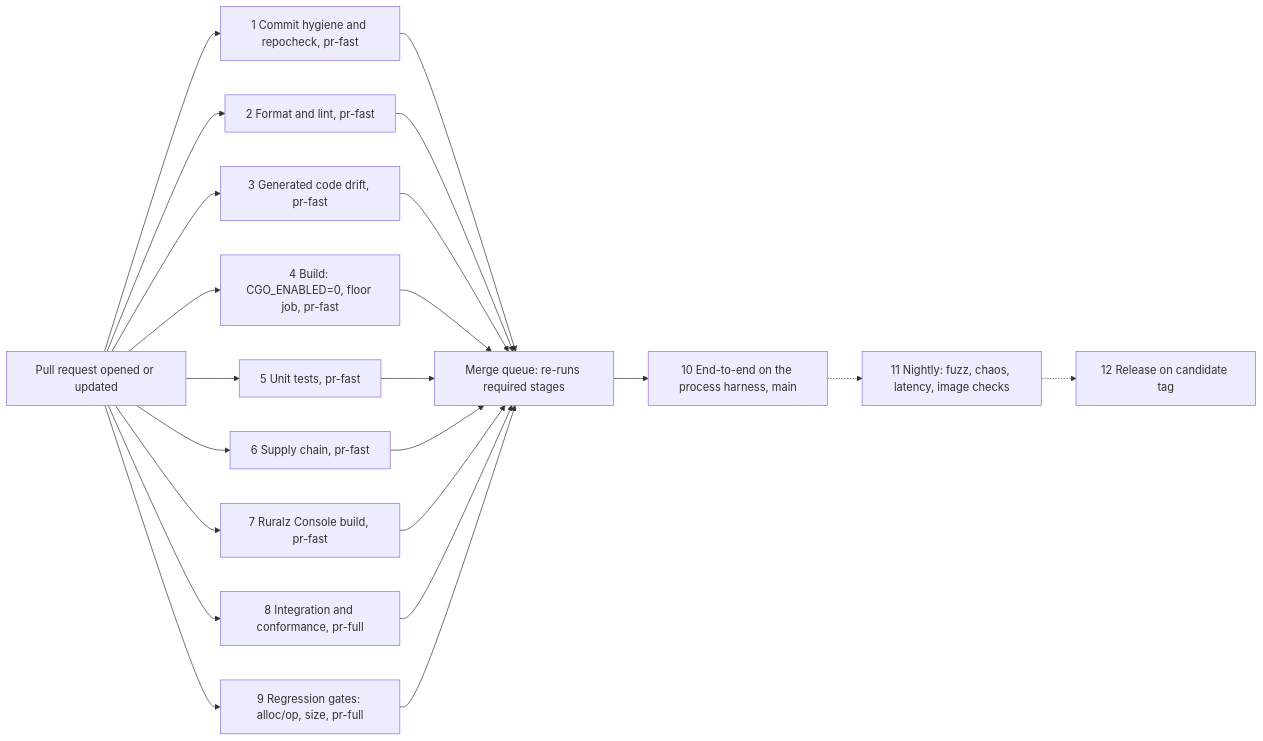
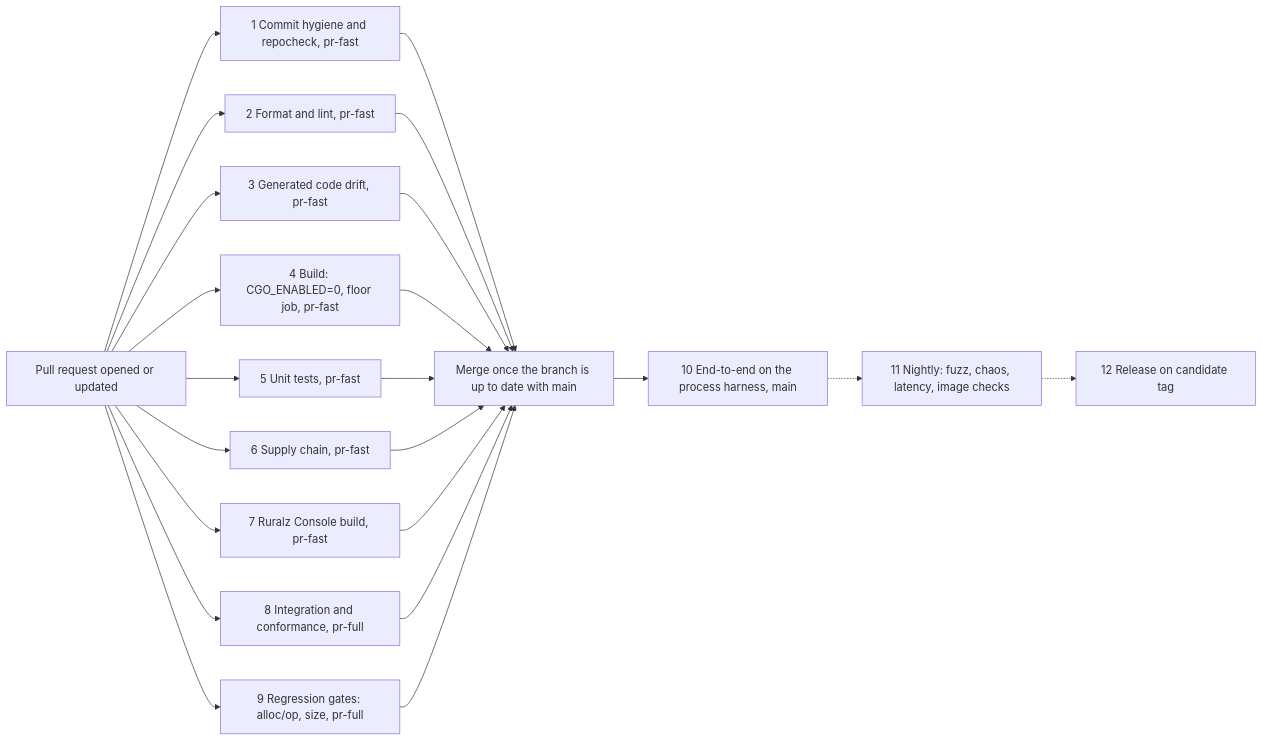
The third of 3 diagrams in docs/engineering/02-repository-layout-and-conventions.md (ravindu-rev/ruralz), drawn with Mermaid before and after one commit. The commit also changed other lines of this file and 2 other files, not shown here.

Commit message:
docs: require up-to-date branches instead of a merge queue
GitHub offers merge queues only on organization-owned repositories, and
ravindu-rev is a personal account. A pull request now merges once its
branch is up to date with main, so pr-fast and pr-full ran on the
combined change. The merge_group triggers stay in the workflows and
never fire.

````diff
--- a/docs/engineering/02-repository-layout-and-conventions.md
+++ b/docs/engineering/02-repository-layout-and-conventions.md
@@ -524,38 +524,38 @@
 ```mermaid
 flowchart LR
   pr["Pull request opened or updated"]
   s1["1 Commit hygiene and repocheck, pr-fast"]
   s2["2 Format and lint, pr-fast"]
   s3["3 Generated code drift, pr-fast"]
   s4["4 Build: CGO_ENABLED=0, floor job, pr-fast"]
   s5["5 Unit tests, pr-fast"]
   s6["6 Supply chain, pr-fast"]
   s7["7 Ruralz Console build, pr-fast"]
   s8["8 Integration and conformance, pr-full"]
   s9["9 Regression gates: alloc/op, size, pr-full"]
-  mq["Merge queue: re-runs required stages"]
+  up["Merge once the branch is up to date with main"]
   s10["10 End-to-end on the process harness, main"]
   s11["11 Nightly: fuzz, chaos, latency, image checks"]
   s12["12 Release on candidate tag"]
   pr --> s1
   pr --> s2
   pr --> s3
   pr --> s4
   pr --> s5
   pr --> s6
   pr --> s7
   pr --> s8
   pr --> s9
-  s1 --> mq
-  s2 --> mq
-  s3 --> mq
-  s4 --> mq
-  s5 --> mq
-  s6 --> mq
-  s7 --> mq
-  s8 --> mq
-  s9 --> mq
-  mq --> s10
+  s1 --> up
+  s2 --> up
+  s3 --> up
+  s4 --> up
+  s5 --> up
+  s6 --> up
+  s7 --> up
+  s8 --> up
+  s9 --> up
+  up --> s10
   s10 -.-> s11
   s11 -.-> s12
 ```
````
